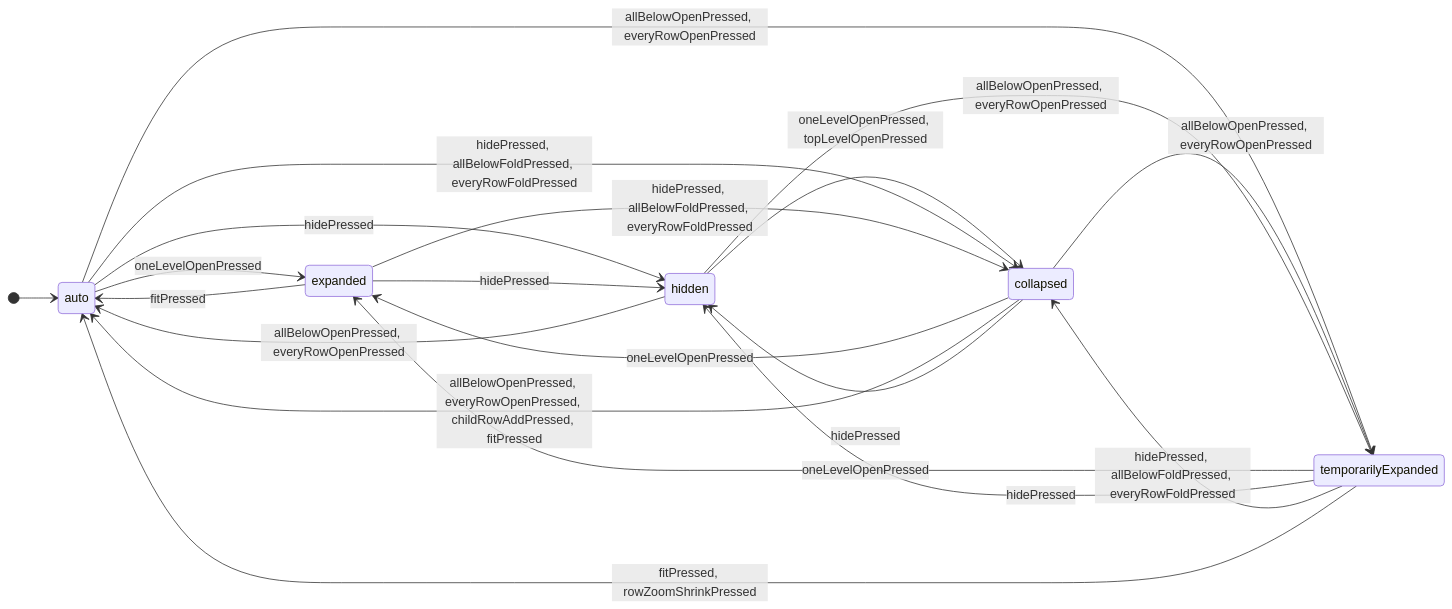
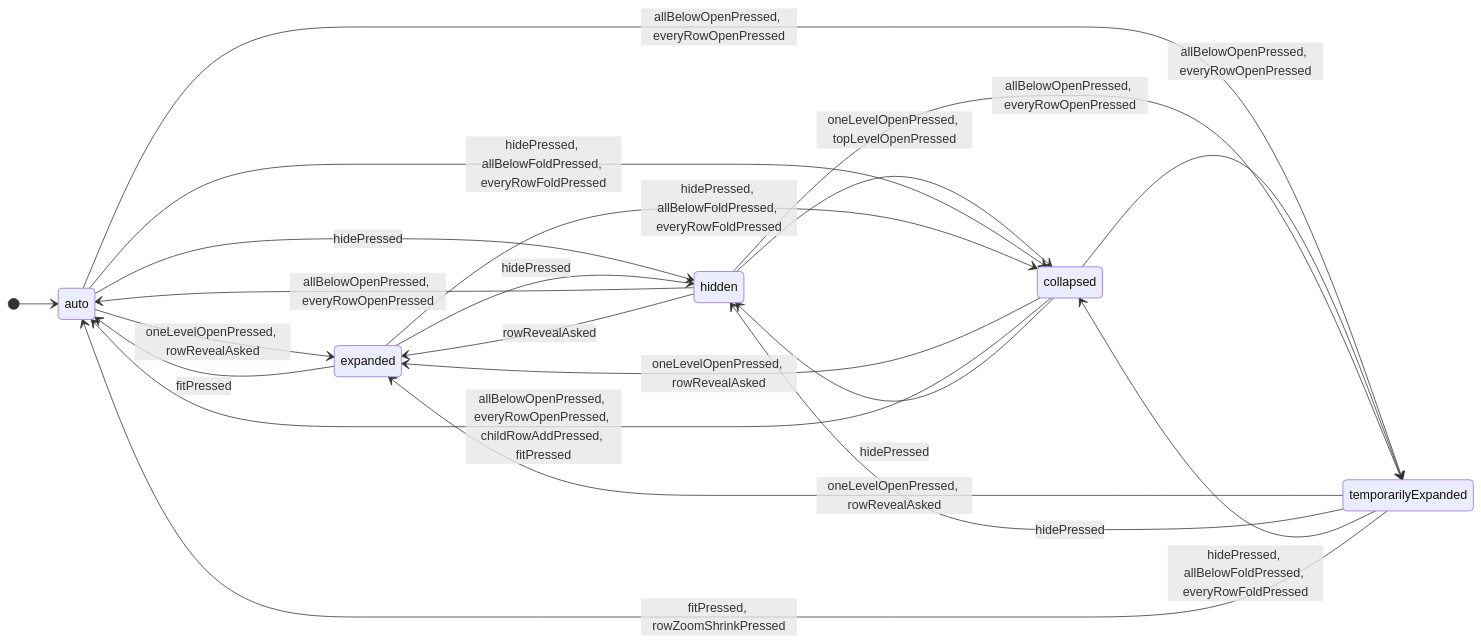
Diagram 26 of 26 in docs/spec/_assets/tbl-state-machines.md (GoodRelax/gr-scheduler), drawn with Mermaid before and after one commit. The commit also changed other lines of this file and 50 other files, not shown here.

````diff
--- a/docs/spec/_assets/tbl-state-machines.md
+++ b/docs/spec/_assets/tbl-state-machines.md
@@ -1075,28 +1174,29 @@
 ```mermaid
 stateDiagram-v2
     direction LR
     [*] --> treeStateMachine_auto
     treeStateMachine_auto : auto
     treeStateMachine_collapsed : collapsed
     treeStateMachine_expanded : expanded
     treeStateMachine_temporarilyExpanded : temporarilyExpanded
     treeStateMachine_hidden : hidden
-    treeStateMachine_auto --> treeStateMachine_expanded : oneLevelOpenPressed
-    treeStateMachine_collapsed --> treeStateMachine_expanded : oneLevelOpenPressed
-    treeStateMachine_temporarilyExpanded --> treeStateMachine_expanded : oneLevelOpenPressed
+    treeStateMachine_auto --> treeStateMachine_expanded : oneLevelOpenPressed, rowRevealAsked
+    treeStateMachine_collapsed --> treeStateMachine_expanded : oneLevelOpenPressed, rowRevealAsked
+    treeStateMachine_temporarilyExpanded --> treeStateMachine_expanded : oneLevelOpenPressed, rowRevealAsked
     treeStateMachine_hidden --> treeStateMachine_collapsed : oneLevelOpenPressed, topLevelOpenPressed
     treeStateMachine_auto --> treeStateMachine_temporarilyExpanded : allBelowOpenPressed, everyRowOpenPressed
     treeStateMachine_collapsed --> treeStateMachine_temporarilyExpanded : allBelowOpenPressed, everyRowOpenPressed
     treeStateMachine_collapsed --> treeStateMachine_auto : allBelowOpenPressed, everyRowOpenPressed, childRowAddPressed, fitPressed
     treeStateMachine_hidden --> treeStateMachine_temporarilyExpanded : allBelowOpenPressed, everyRowOpenPressed
     treeStateMachine_hidden --> treeStateMachine_auto : allBelowOpenPressed, everyRowOpenPressed
     treeStateMachine_auto --> treeStateMachine_hidden : hidePressed
     treeStateMachine_auto --> treeStateMachine_collapsed : hidePressed, allBelowFoldPressed, everyRowFoldPressed
     treeStateMachine_collapsed --> treeStateMachine_hidden : hidePressed
     treeStateMachine_expanded --> treeStateMachine_hidden : hidePressed
     treeStateMachine_expanded --> treeStateMachine_collapsed : hidePressed, allBelowFoldPressed, everyRowFoldPressed
     treeStateMachine_temporarilyExpanded --> treeStateMachine_hidden : hidePressed
     treeStateMachine_temporarilyExpanded --> treeStateMachine_collapsed : hidePressed, allBelowFoldPressed, everyRowFoldPressed
     treeStateMachine_expanded --> treeStateMachine_auto : fitPressed
     treeStateMachine_temporarilyExpanded --> treeStateMachine_auto : fitPressed, rowZoomShrinkPressed
+    treeStateMachine_hidden --> treeStateMachine_expanded : rowRevealAsked
 ```
````
